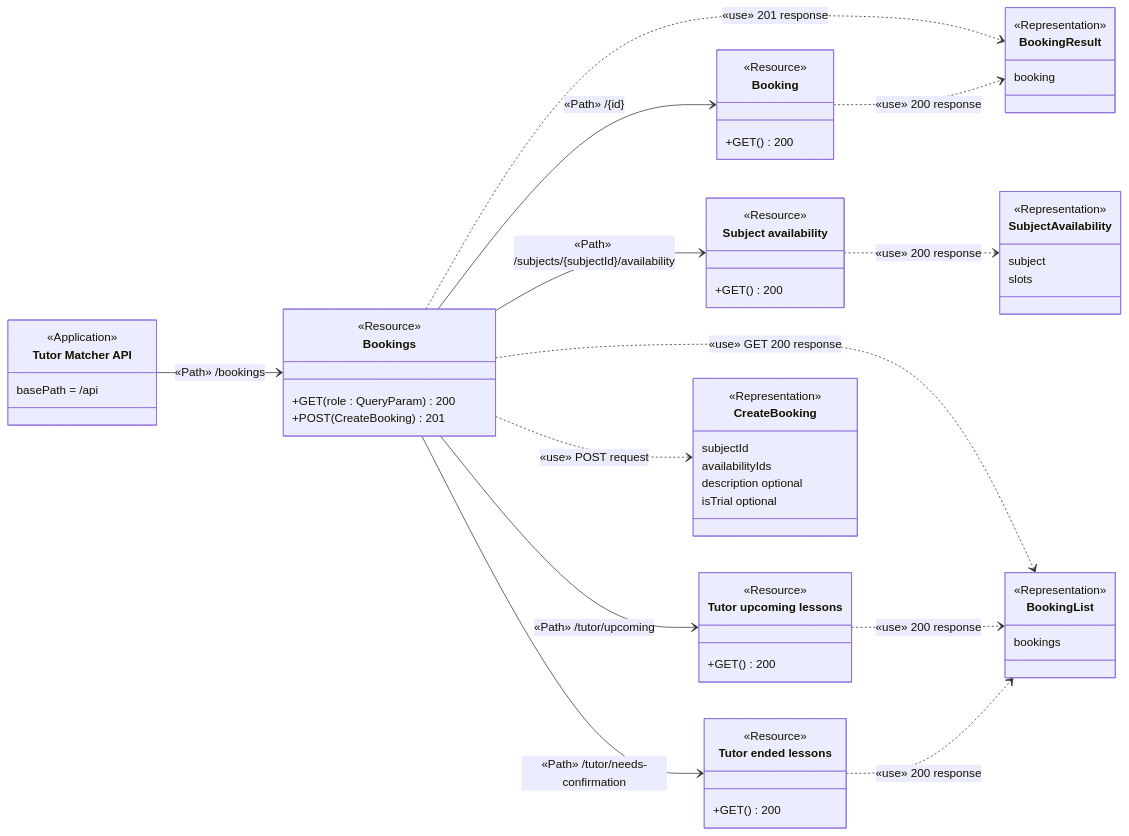
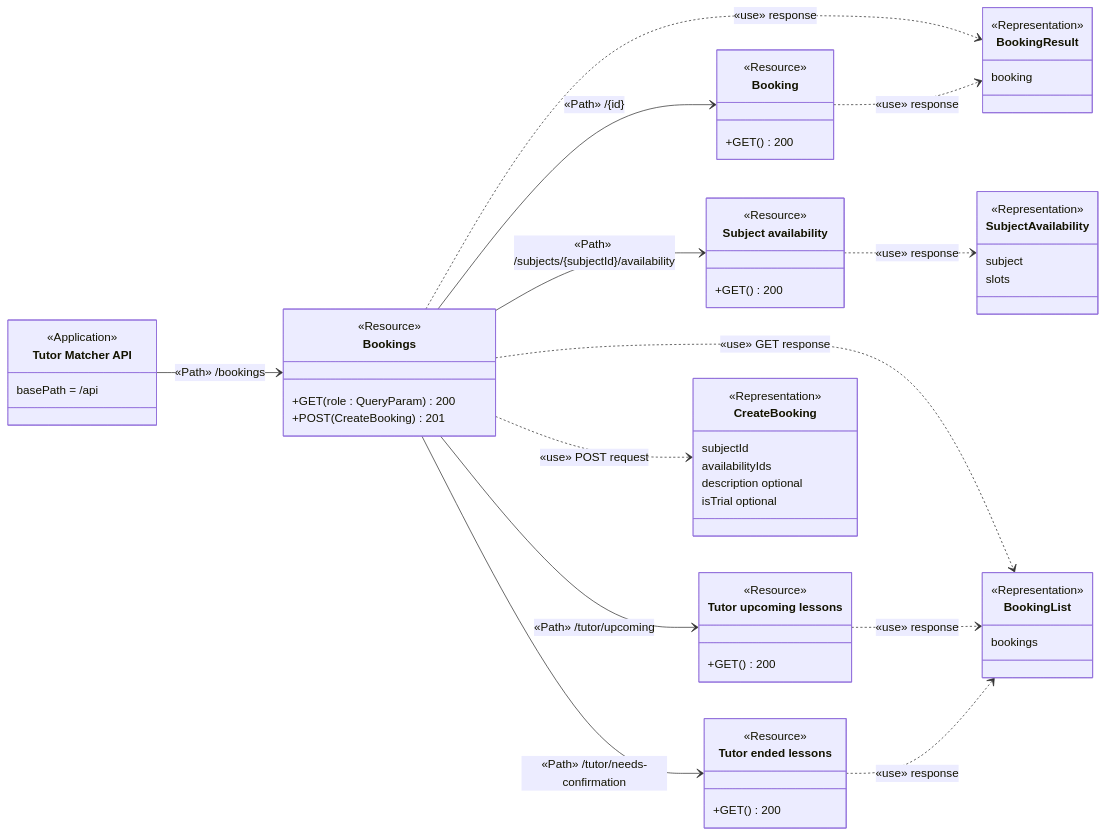
The eighth of 15 diagrams in docs/api-diagram.md (Azther0z/tutor-matcher), drawn with Mermaid before and after one commit. The commit also changed other lines of this file, not shown here.

````diff
--- a/docs/api-diagram.md
+++ b/docs/api-diagram.md
@@ -599,61 +599,61 @@
 ```mermaid
 classDiagram
   direction LR
   class API["Tutor Matcher API"] {
     <<Application>>
     basePath = /api
   }
   class Bookings["Bookings"] {
     <<Resource>>
     +GET(role : QueryParam) 200
     +POST(CreateBooking) 201
   }
   class Booking["Booking"] {
     <<Resource>>
     +GET() 200
   }
   class Availability["Subject availability"] {
     <<Resource>>
     +GET() 200
   }
   class Upcoming["Tutor upcoming lessons"] {
     <<Resource>>
     +GET() 200
   }
   class NeedsConfirmation["Tutor ended lessons"] {
     <<Resource>>
     +GET() 200
   }
   class CreateBooking {
     <<Representation>>
     subjectId
     availabilityIds
     description optional
     isTrial optional
   }
   class BookingResult {
     <<Representation>>
     booking
   }
   class BookingList {
     <<Representation>>
     bookings
   }
   class SubjectAvailability {
     <<Representation>>
     subject
     slots
   }
   API --> Bookings : «Path» /bookings
   Bookings --> Booking : «Path» /{id}
   Bookings --> Availability : «Path» /subjects/{subjectId}/availability
   Bookings --> Upcoming : «Path» /tutor/upcoming
   Bookings --> NeedsConfirmation : «Path» /tutor/needs-confirmation
   Bookings ..> CreateBooking : «use» POST request
-  Bookings ..> BookingResult : «use» 201 response
-  Bookings ..> BookingList : «use» GET 200 response
-  Booking ..> BookingResult : «use» 200 response
-  Availability ..> SubjectAvailability : «use» 200 response
-  Upcoming ..> BookingList : «use» 200 response
-  NeedsConfirmation ..> BookingList : «use» 200 response
+  Bookings ..> BookingResult : «use» response
+  Bookings ..> BookingList : «use» GET response
+  Booking ..> BookingResult : «use» response
+  Availability ..> SubjectAvailability : «use» response
+  Upcoming ..> BookingList : «use» response
+  NeedsConfirmation ..> BookingList : «use» response
 ```
````
